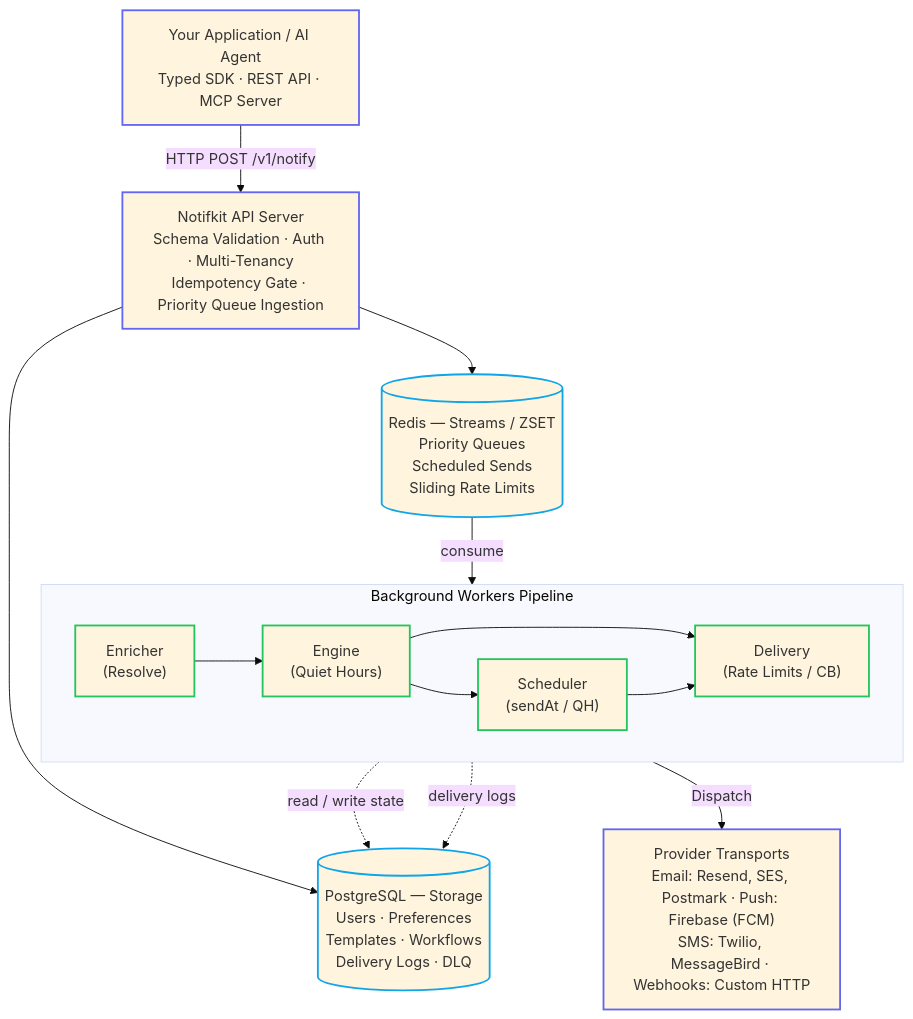
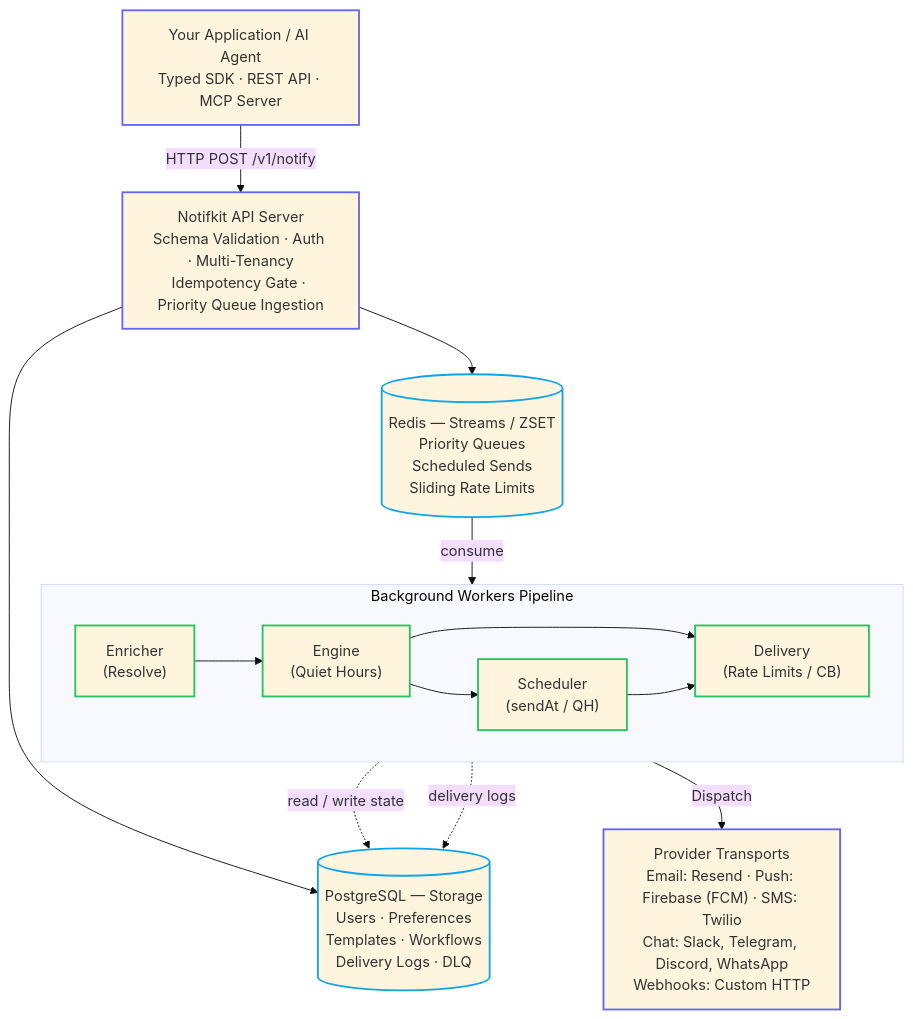
One commit to devkitshq/notifkit changed the first of 2 diagrams in README.md. Above: the diagram before and after it, drawn with Mermaid (base theme). The commit also changed other lines of this file, not shown here.

````diff
--- a/README.md
+++ b/README.md
@@ -56,35 +46,35 @@
 ```mermaid
 flowchart TD
     App["Your Application / AI Agent<br/>Typed SDK · REST API · MCP Server"]
 
     App -->|"HTTP POST /v1/notify"| API
 
     API["Notifkit API Server<br/>Schema Validation · Auth · Multi-Tenancy<br/>Idempotency Gate · Priority Queue Ingestion"]
 
     API --> PG
     API --> REDIS
 
     PG[("PostgreSQL — Storage<br/>Users · Preferences<br/>Templates · Workflows<br/>Delivery Logs · DLQ")]
     REDIS[("Redis — Streams / ZSET<br/>Priority Queues<br/>Scheduled Sends<br/>Sliding Rate Limits")]
 
     subgraph WORKERS["Background Workers Pipeline"]
         direction LR
         ENRICH["Enricher<br/>(Resolve)"] --> ENGINE["Engine<br/>(Quiet Hours)"] --> DELIVER["Delivery<br/>(Rate Limits / CB)"]
         ENGINE --> SCHED["Scheduler<br/>(sendAt / QH)"]
         SCHED --> DELIVER
     end
 
     REDIS -->|"consume"| ENRICH
     ENRICH -.->|"read / write state"| PG
     DELIVER -.->|"delivery logs"| PG
     DELIVER -->|"Dispatch"| PROVIDERS
 
-    PROVIDERS["Provider Transports<br/>Email: Resend, SES, Postmark · Push: Firebase (FCM)<br/>SMS: Twilio, MessageBird · Webhooks: Custom HTTP"]
+    PROVIDERS["Provider Transports<br/>Email: Resend · Push: Firebase (FCM) · SMS: Twilio<br/>Chat: Slack, Telegram, Discord, WhatsApp<br/>Webhooks: Custom HTTP"]
 
     classDef entry stroke:#6366f1,stroke-width:2px
     classDef store stroke:#0ea5e9,stroke-width:2px
     classDef work stroke:#22c55e,stroke-width:2px
     class App,API,PROVIDERS entry
     class PG,REDIS store
     class ENRICH,ENGINE,DELIVER,SCHED work
 ```
````
